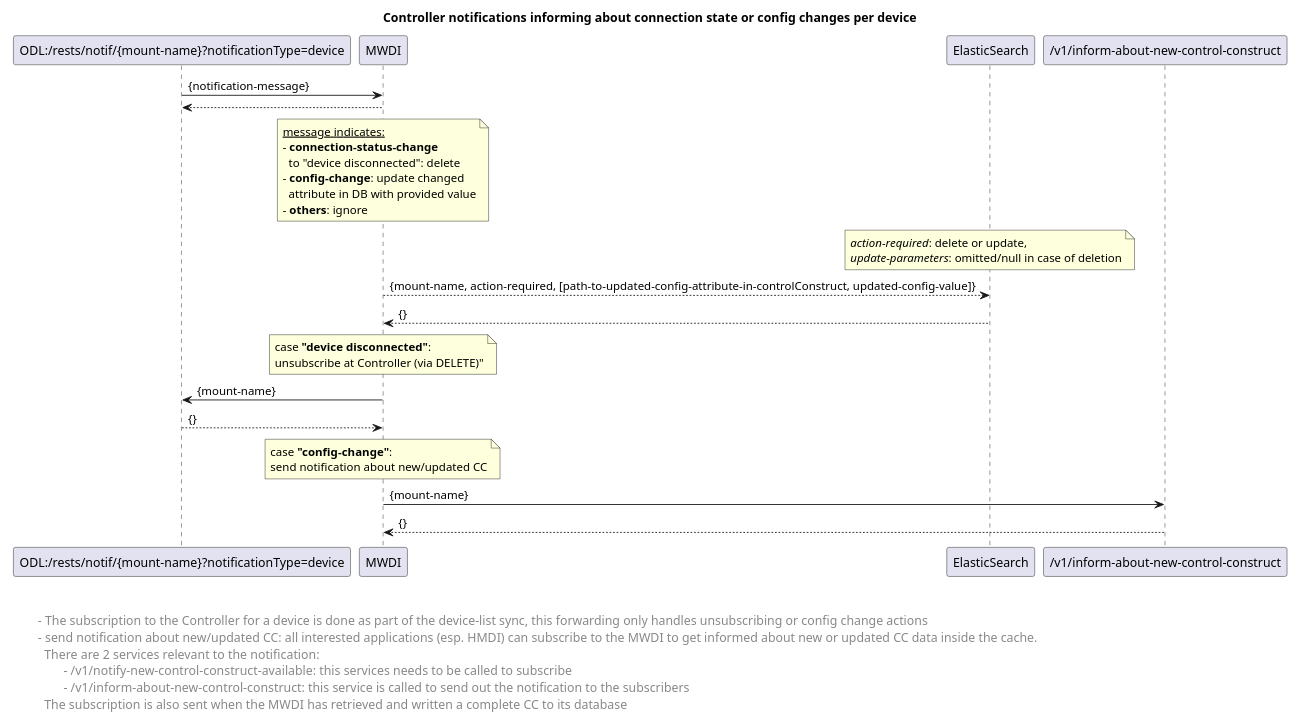
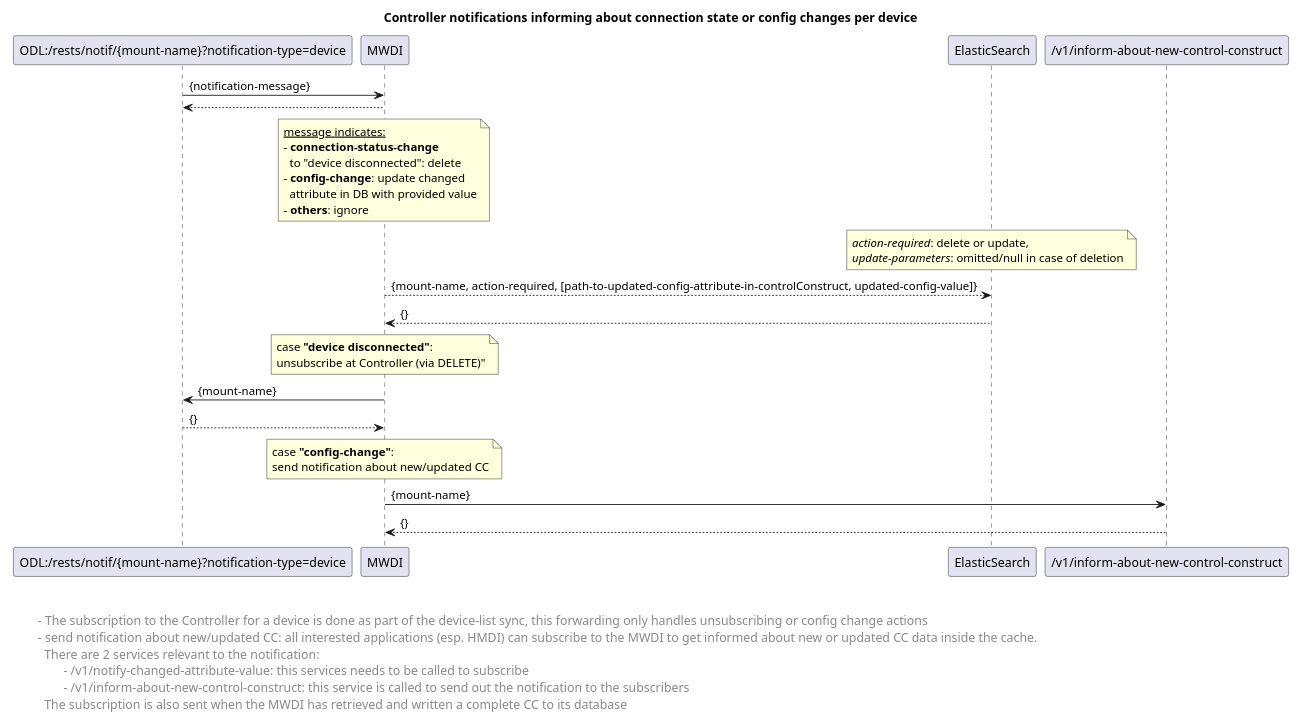
One commit to openBackhaul/MicroWaveDeviceInventory changed the diagram in spec/diagrams/other-process-flows/controlflow_no_forwarding_ControllerNotification.plantuml. Above: the diagram before and after it, drawn with PlantUML. The commit also changed 6 other files, not shown here.

```diff
--- a/spec/diagrams/other-process-flows/controlflow_no_forwarding_ControllerNotification.plantuml
+++ b/spec/diagrams/other-process-flows/controlflow_no_forwarding_ControllerNotification.plantuml
@@ -1,53 +1,53 @@
 @startuml
 skinparam responseMessageBelowArrow true
 
 title Controller notifications informing about connection state or config changes per device
 
 'receive the notification
-"ODL:/rests/notif/{mount-name}?notificationType=device" -> "MWDI": {notification-message}
-"MWDI" --> "ODL:/rests/notif/{mount-name}?notificationType=device"
+"ODL:/rests/notif/{mount-name}?notification-type=device" -> "MWDI": {notification-message}
+"MWDI" --> "ODL:/rests/notif/{mount-name}?notification-type=device"
 
 note over "MWDI"
  <u>message indicates:</u>
  - <b>connection-status-change</b> 
    to "device disconnected": delete
  - <b>config-change</b>: update changed 
    attribute in DB with provided value
  - <b>others</b>: ignore
 end note
 note over "ElasticSearch": <i>action-required</i>: delete or update, \n<i>update-parameters</i>: omitted/null in case of deletion
 
 
 "MWDI" --> "ElasticSearch": {mount-name, action-required, [path-to-updated-config-attribute-in-controlConstruct, updated-config-value]}
 "ElasticSearch" --> "MWDI": {}
 
 note over "MWDI": case <b>"device disconnected"</b>: \nunsubscribe at Controller (via DELETE)"
 
-"MWDI" -> "ODL:/rests/notif/{mount-name}?notificationType=device": {mount-name}
-"ODL:/rests/notif/{mount-name}?notificationType=device" --> "MWDI": {}
+"MWDI" -> "ODL:/rests/notif/{mount-name}?notification-type=device": {mount-name}
+"ODL:/rests/notif/{mount-name}?notification-type=device" --> "MWDI": {}
 
 note over "MWDI": case <b>"config-change"</b>: \nsend notification about new/updated CC
 "MWDI" -> "/v1/inform-about-new-control-construct": {mount-name}
 "/v1/inform-about-new-control-construct" --> "MWDI": {}
 
 
 left footer 
 
 
  \t - The subscription to the Controller for a device is done as part of the device-list sync, this forwarding only handles unsubscribing or config change actions
  \t - send notification about new/updated CC: all interested applications (esp. HMDI) can subscribe to the MWDI to get informed about new or updated CC data inside the cache.
  \t   There are 2 services relevant to the notification:
- \t\t - /v1/notify-new-control-construct-available: this services needs to be called to subscribe
+ \t\t - /v1/notify-changed-attribute-value: this services needs to be called to subscribe
  \t\t - /v1/inform-about-new-control-construct: this service is called to send out the notification to the subscribers
  \t   The subscription is also sent when the MWDI has retrieved and written a complete CC to its database 
 end footer
 
 
 <style>
 footer {
   HorizontalAlignment left
   FontSize 14
 }
 </style>
 
 @enduml
```
